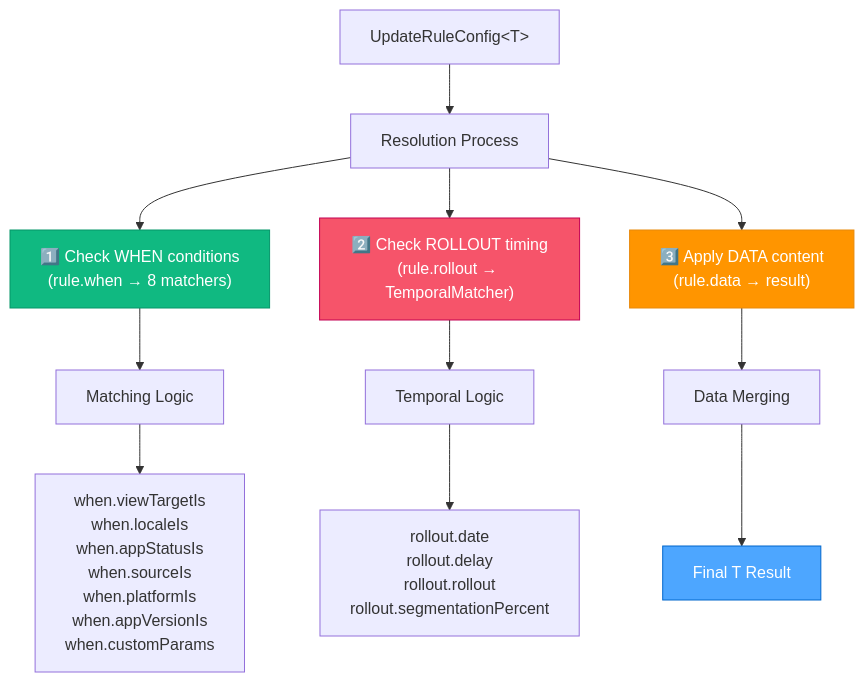
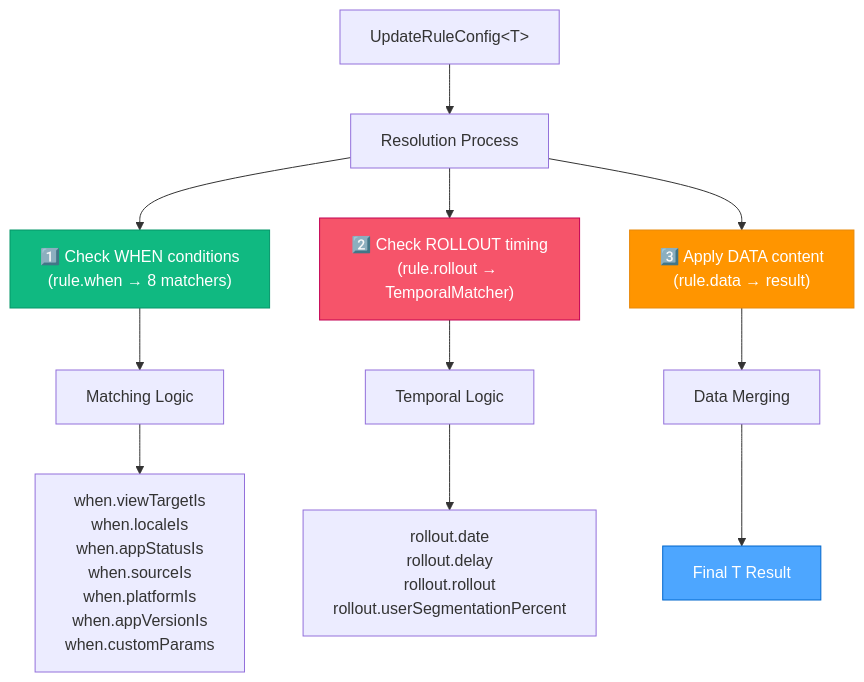
Before and after one commit to StarProxima/dev_kit: the fourth of 4 diagrams in app_update/memory-bank/docs/resolver.md, drawn with Mermaid. The commit also changed other lines of this file and 31 other files, not shown here.

````diff
--- a/app_update/memory-bank/docs/resolver.md
+++ b/app_update/memory-bank/docs/resolver.md
@@ -1953,23 +1953,23 @@
 ```mermaid
 graph TD
     Rule["UpdateRuleConfig&lt;T&gt;"] --> ResolutionFlow["Resolution Process"]
     
     ResolutionFlow --> Step1["1️⃣ Check WHEN conditions<br>(rule.when → 8 matchers)"]
     ResolutionFlow --> Step2["2️⃣ Check ROLLOUT timing<br>(rule.rollout → TemporalMatcher)"]
     ResolutionFlow --> Step3["3️⃣ Apply DATA content<br>(rule.data → result)"]
     
     Step1 --> Matchers["Matching Logic"]
     Step2 --> Temporal["Temporal Logic"]
     Step3 --> Merging["Data Merging"]
     
     Matchers --> M1["when.viewTargetIs<br>when.localeIs<br>when.appStatusIs<br>when.sourceIs<br>when.platformIs<br>when.appVersionIs<br>when.customParams"]
     
-    Temporal --> T1["rollout.date<br>rollout.delay<br>rollout.rollout<br>rollout.segmentationPercent"]
+    Temporal --> T1["rollout.date<br>rollout.delay<br>rollout.rollout<br>rollout.userSegmentationPercent"]
     
     Merging --> Result["Final T Result"]
     
     style Step1 fill:#10b981,stroke:#059669,color:white
     style Step2 fill:#f6546a,stroke:#c30052,color:white  
     style Step3 fill:#ff9500,stroke:#e8890a,color:white
     style Result fill:#4da6ff,stroke:#0066cc,color:white
 ```
````
